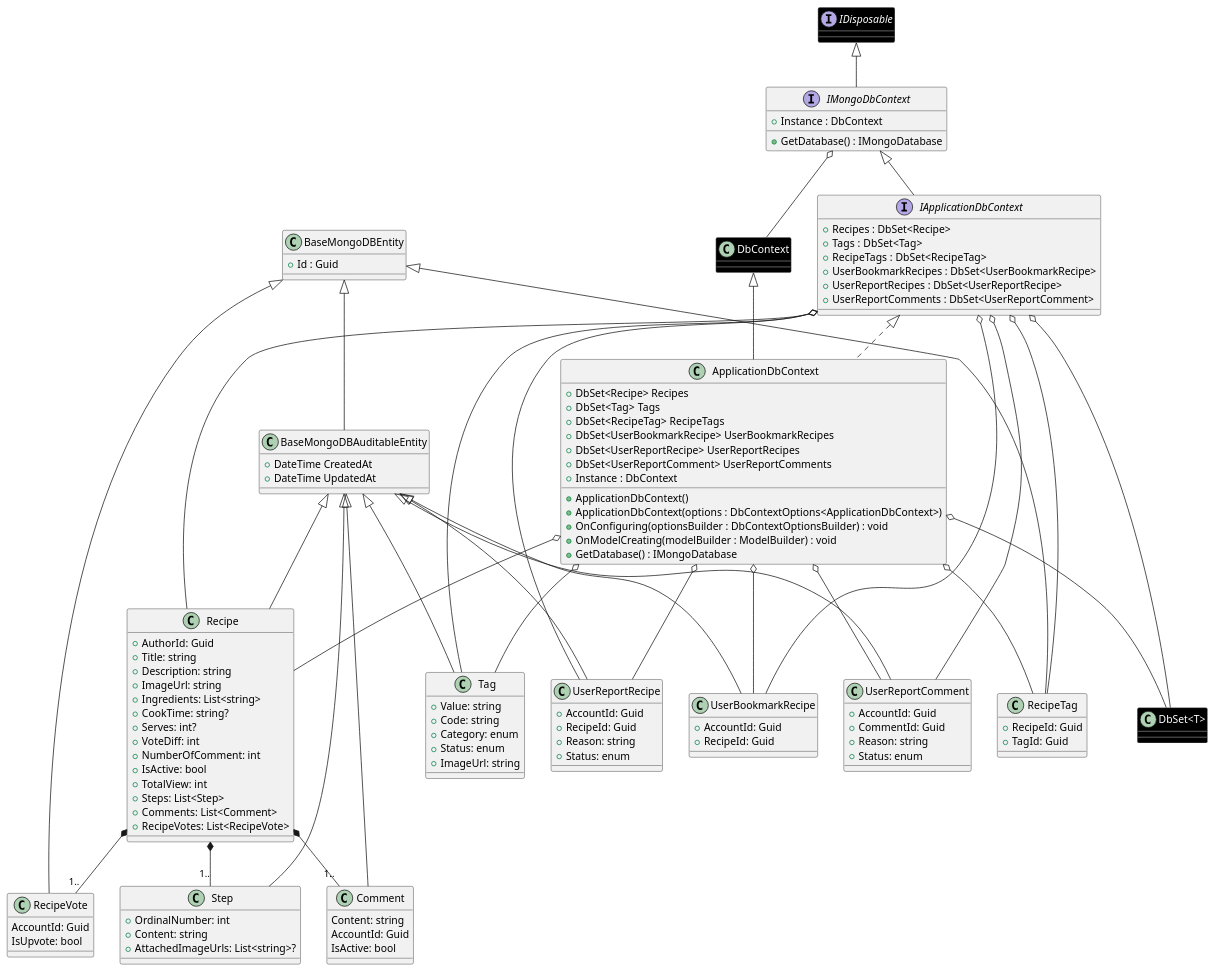
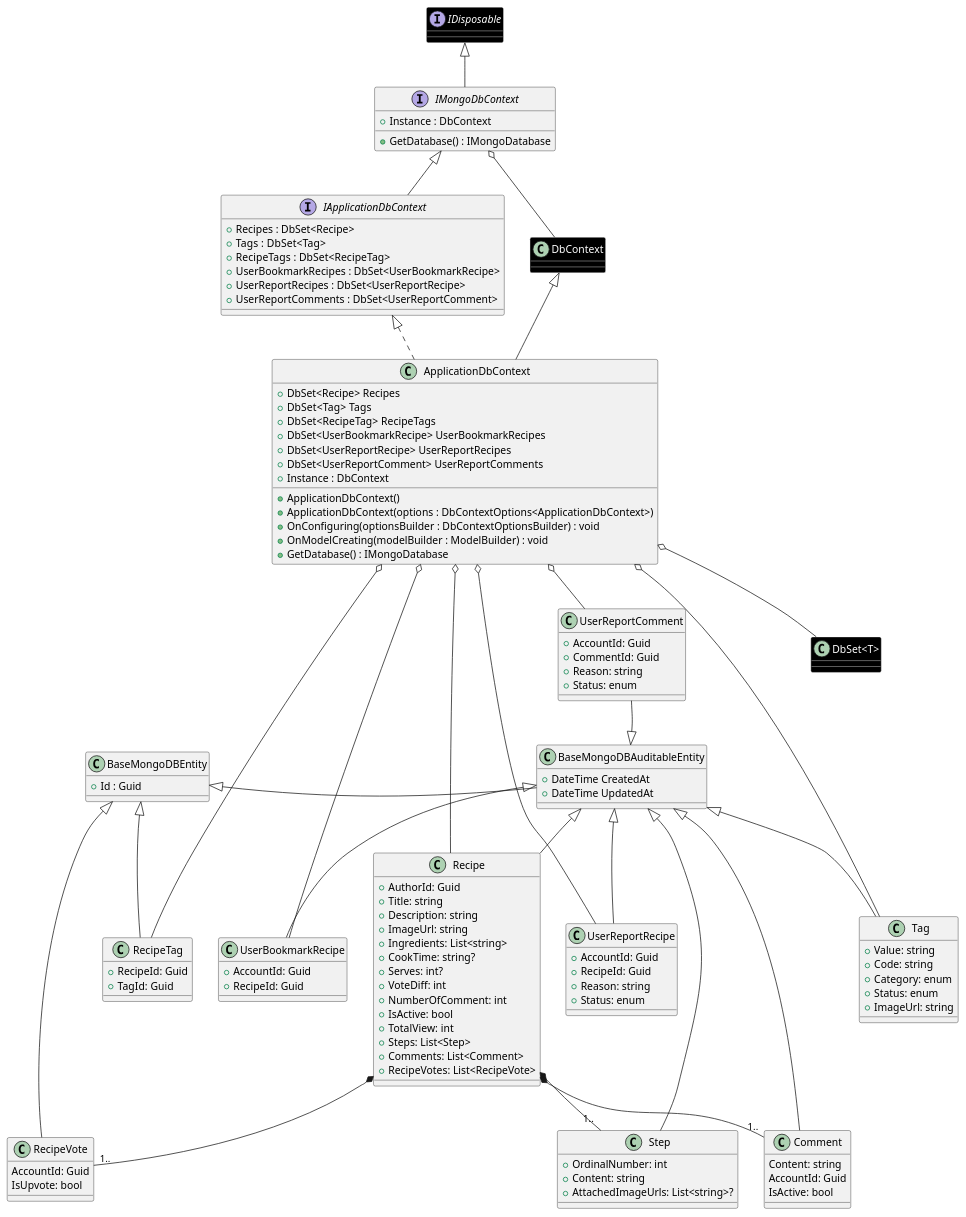
Before and after one commit to Carl-Johnsons/tastopia: the diagram in doc/SDS/CommonClassDiagram/Recipe/RecipeDbContext.plantuml, drawn with PlantUML. The commit also changed 4 other files, not shown here.

Commit message:
doc: update RecipeDbContext

```diff
--- a/doc/SDS/CommonClassDiagram/Recipe/RecipeDbContext.plantuml
+++ b/doc/SDS/CommonClassDiagram/Recipe/RecipeDbContext.plantuml
@@ -1,134 +1,151 @@
 @startuml AccountDbContext
 
 interface IMongoDbContext extends IDisposable {
     +Instance : DbContext
     +GetDatabase() : IMongoDatabase
 }
 ' ========= Entity class =========
 class BaseMongoDBEntity {
     +Id : Guid
 }
 
 class BaseMongoDBAuditableEntity extends BaseMongoDBEntity {
     +DateTime CreatedAt
     +DateTime UpdatedAt
 }
 
-together {
-    class Recipe extends BaseMongoDBAuditableEntity {
-        +AuthorId: Guid
-        +Title: string
-        +Description: string
-        +ImageUrl: string
-        +Ingredients: List<string>
-        +CookTime: string?
-        +Serves: int?
-        +VoteDiff: int
-        +NumberOfComment: int
-        +IsActive: bool
-        +TotalView: int
-        +Steps: List<Step>
-        +Comments: List<Comment>
-        +RecipeVotes: List<RecipeVote>
-    }
+class Recipe extends BaseMongoDBAuditableEntity {
+    +AuthorId: Guid
+    +Title: string
+    +Description: string
+    +ImageUrl: string
+    +Ingredients: List<string>
+    +CookTime: string?
+    +Serves: int?
+    +VoteDiff: int
+    +NumberOfComment: int
+    +IsActive: bool
+    +TotalView: int
+    +Steps: List<Step>
+    +Comments: List<Comment>
+    +RecipeVotes: List<RecipeVote>
+}
 
-    class Step extends BaseMongoDBAuditableEntity {
-        +OrdinalNumber: int
-        +Content: string
-        +AttachedImageUrls: List<string>?
-    }
+class Step extends BaseMongoDBAuditableEntity {
+    +OrdinalNumber: int
+    +Content: string
+    +AttachedImageUrls: List<string>?
+}
 
-    class Comment extends BaseMongoDBAuditableEntity {
-        Content: string
-        AccountId: Guid
-        IsActive: bool
-    }
+class Comment extends BaseMongoDBAuditableEntity {
+    Content: string
+    AccountId: Guid
+    IsActive: bool
+}
 
-    class RecipeVote extends BaseMongoDBEntity {
-        AccountId: Guid
-        IsUpvote: bool
-    }
+class RecipeVote extends BaseMongoDBEntity {
+    AccountId: Guid
+    IsUpvote: bool
 }
 
 class Tag extends BaseMongoDBAuditableEntity {
     +Value: string
     +Code: string
     +Category: enum
     +Status: enum
     +ImageUrl: string
 }
 
 class RecipeTag extends BaseMongoDBEntity {
     +RecipeId: Guid
     +TagId: Guid
 }
 
 class UserBookmarkRecipe extends BaseMongoDBAuditableEntity {
     +AccountId: Guid
     +RecipeId: Guid
 }
 
 class UserReportRecipe extends BaseMongoDBAuditableEntity {
     +AccountId: Guid
     +RecipeId: Guid
     +Reason: string
     +Status: enum
 }
 
 class UserReportComment extends BaseMongoDBAuditableEntity {
     +AccountId: Guid
     +CommentId: Guid
     +Reason: string
     +Status: enum
 }
 interface IApplicationDbContext extends IMongoDbContext {
     + Recipes : DbSet<Recipe>
     + Tags : DbSet<Tag>
     + RecipeTags : DbSet<RecipeTag>
     + UserBookmarkRecipes : DbSet<UserBookmarkRecipe>
     + UserReportRecipes : DbSet<UserReportRecipe>
     + UserReportComments : DbSet<UserReportComment>
 }
 class ApplicationDbContext extends DbContext implements IApplicationDbContext {
     +DbSet<Recipe> Recipes
     +DbSet<Tag> Tags
     +DbSet<RecipeTag> RecipeTags
     +DbSet<UserBookmarkRecipe> UserBookmarkRecipes
     +DbSet<UserReportRecipe> UserReportRecipes
     +DbSet<UserReportComment> UserReportComments
     +Instance : DbContext
     +ApplicationDbContext()
     +ApplicationDbContext(options : DbContextOptions<ApplicationDbContext>)
     +OnConfiguring(optionsBuilder : DbContextOptionsBuilder) : void
     +OnModelCreating(modelBuilder : ModelBuilder) : void
     +GetDatabase() : IMongoDatabase
 }
 
 ' ========= Library class =========
 interface IDisposable #black;line:white;text:white
 class "DbSet<T>" #black;line:white;text:white
 class DbContext #black;line:white;text:white
 
 IMongoDbContext o-- DbContext
 
-IApplicationDbContext o-- "DbSet<T>"
-IApplicationDbContext o-- Recipe
-IApplicationDbContext o-- Tag
-IApplicationDbContext o-- RecipeTag
-IApplicationDbContext o-- UserBookmarkRecipe
-IApplicationDbContext o-- UserReportRecipe
-IApplicationDbContext o-- UserReportComment
+' IApplicationDbContext o-- "DbSet<T>"
+' IApplicationDbContext o-- Recipe
+' IApplicationDbContext o-- Tag
+' IApplicationDbContext o-- RecipeTag
+' IApplicationDbContext o-- UserBookmarkRecipe
+' IApplicationDbContext o-- UserReportRecipe
+' IApplicationDbContext o-- UserReportComment
 
 ApplicationDbContext o-- "DbSet<T>"
 ApplicationDbContext o-- Recipe
 ApplicationDbContext o-- Tag
 ApplicationDbContext o-- RecipeTag
 ApplicationDbContext o-- UserBookmarkRecipe
 ApplicationDbContext o-- UserReportRecipe
 ApplicationDbContext o-- UserReportComment
 
+' =========== Style ==============
+
+ApplicationDbContext o-[hidden]down- "DbSet<T>"
+ApplicationDbContext o-[hidden]down- Recipe
+ApplicationDbContext o-[hidden]down- Tag
+ApplicationDbContext o-[hidden]down- RecipeTag
+ApplicationDbContext o-[hidden]down- UserBookmarkRecipe
+
+BaseMongoDBAuditableEntity -[hidden]right- BaseMongoDBEntity 
+BaseMongoDBAuditableEntity -[hidden]up- Recipe 
+BaseMongoDBAuditableEntity -[hidden]up- Step 
+BaseMongoDBAuditableEntity -[hidden]up- Comment 
+BaseMongoDBEntity -[hidden]up- RecipeVote 
+BaseMongoDBAuditableEntity -[hidden]up- Tag 
+BaseMongoDBEntity -[hidden]up- RecipeTag 
+BaseMongoDBAuditableEntity -[hidden]up- UserBookmarkRecipe 
+BaseMongoDBAuditableEntity -[hidden]up- UserReportRecipe
+BaseMongoDBAuditableEntity -[hidden]up- UserReportComment 
+
 Recipe *--"1.." Step
 Recipe *--"1.." Comment
 Recipe *--"1.." RecipeVote
 
 @enduml
```
